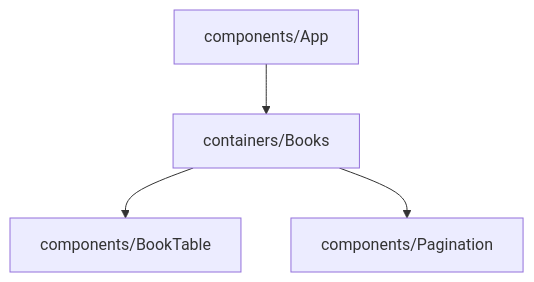
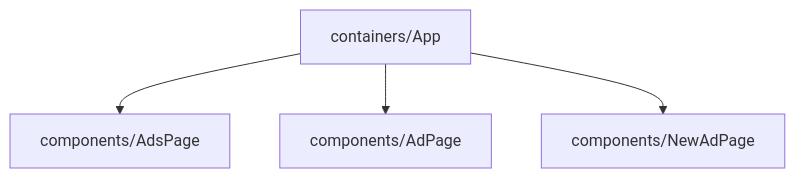
The diagram in README.md (silasburger/mobile), drawn with Mermaid before and after one commit. The commit also changed other lines of this file and 1 other file, not shown here.

````diff
--- a/README.md
+++ b/README.md
@@ -28,6 +41,6 @@
 ```mermaid
   graph TD;
-      components/App-->B[containers/Books];
-      B-->components/BookTable;
-      B-->components/Pagination;
+      A[containers/App]-->B[components/AdsPage];
+      A-->components/AdPage;
+      A-->components/NewAdPage;
 ```
````
